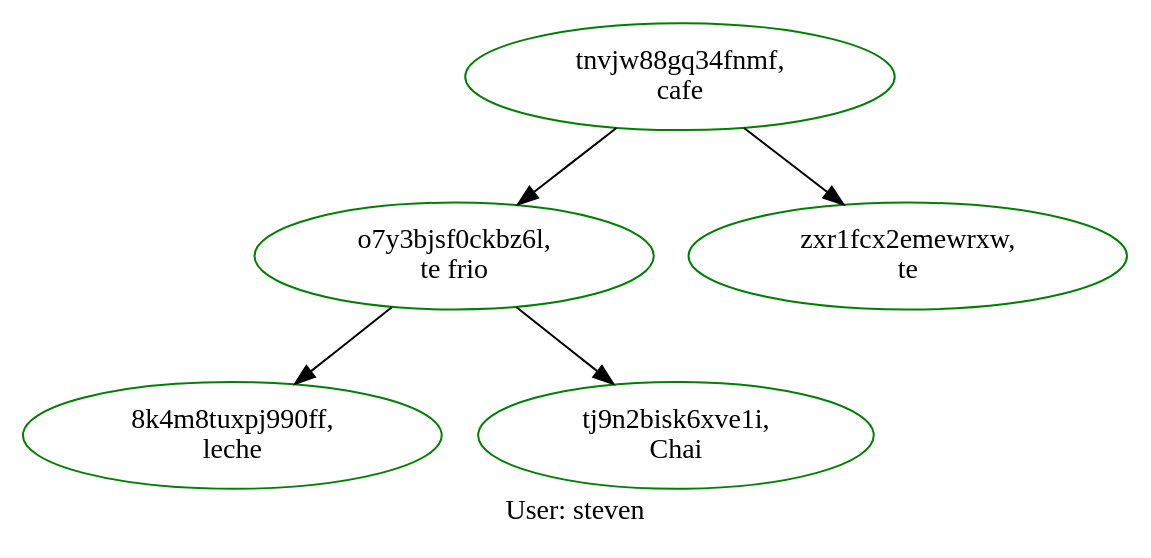
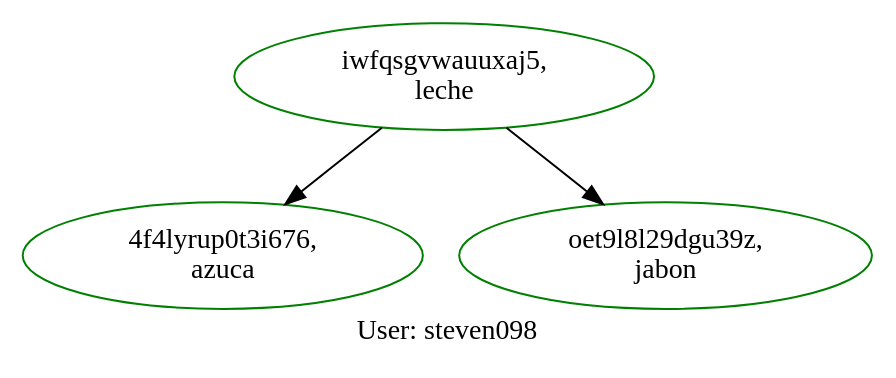
The diagram in ActivosDe_steven.dot (Stevensis/EDD20VJ_Proyecto1), drawn with Graphviz before and after one commit. The commit also changed 19 other files, not shown here.

```diff
--- a/ActivosDe_steven.dot
+++ b/ActivosDe_steven.dot
@@ -1,14 +1,10 @@
 digraph G { 
 
- label=" User: steven"
+ label=" User: steven098"
 node [height=0.5, width=1.2];
-"8k4m8tuxpj990ff" [label=" 8k4m8tuxpj990ff,\nleche",color=green] 
-"o7y3bjsf0ckbz6l" [label=" o7y3bjsf0ckbz6l,\nte frio",color=green] 
-"o7y3bjsf0ckbz6l" -> "tj9n2bisk6xve1i" 
-"o7y3bjsf0ckbz6l" -> "8k4m8tuxpj990ff" 
-"tj9n2bisk6xve1i" [label=" tj9n2bisk6xve1i,\nChai",color=green] 
-"tnvjw88gq34fnmf" [label=" tnvjw88gq34fnmf,\ncafe",color=green] 
-"tnvjw88gq34fnmf" -> "zxr1fcx2emewrxw" 
-"tnvjw88gq34fnmf" -> "o7y3bjsf0ckbz6l" 
-"zxr1fcx2emewrxw" [label=" zxr1fcx2emewrxw,\nte",color=green] 
+"4f4lyrup0t3i676" [label=" 4f4lyrup0t3i676,\nazuca",color=green] 
+"iwfqsgvwauuxaj5" [label=" iwfqsgvwauuxaj5,\nleche",color=green] 
+"iwfqsgvwauuxaj5" -> "oet9l8l29dgu39z" 
+"iwfqsgvwauuxaj5" -> "4f4lyrup0t3i676" 
+"oet9l8l29dgu39z" [label=" oet9l8l29dgu39z,\njabon",color=green] 
 }
```
